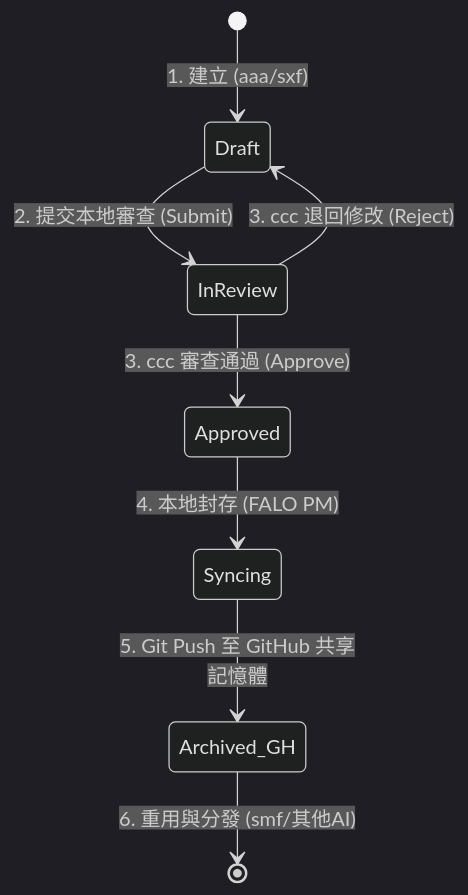
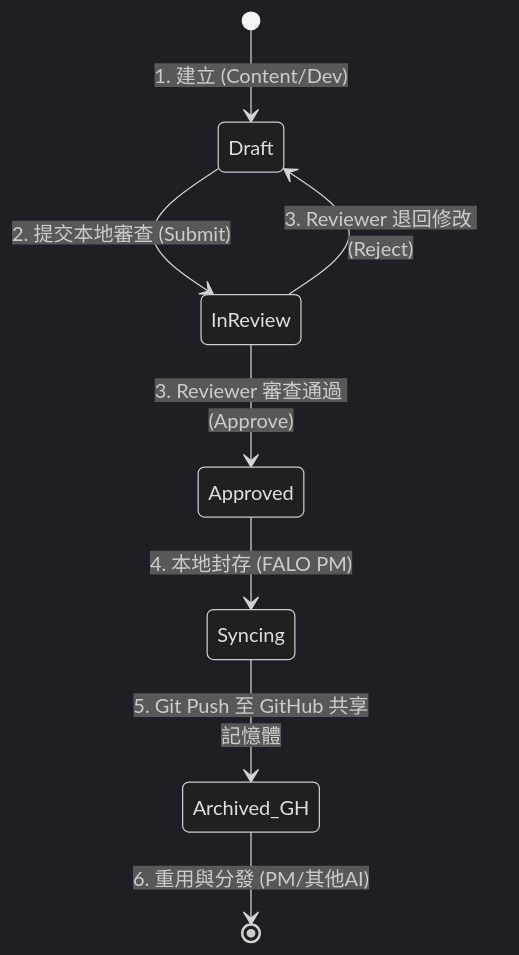
Before and after one commit to falo-chinese/skyline-class: the diagram in class2/docs/04_artifact_management.md, drawn with Mermaid (dark theme). The commit also changed other lines of this file and 11 other files, not shown here.

````diff
--- a/class2/docs/04_artifact_management.md
+++ b/class2/docs/04_artifact_management.md
@@ -25,10 +25,10 @@
 ```mermaid
 stateDiagram-v2
-    [*] --> Draft : 1. 建立 (aaa/sxf)
+    [*] --> Draft : 1. 建立 (Content/Dev)
     Draft --> InReview : 2. 提交本地審查 (Submit)
-    InReview --> Approved : 3. ccc 審查通過 (Approve)
-    InReview --> Draft : 3. ccc 退回修改 (Reject)
+    InReview --> Approved : 3. Reviewer 審查通過 (Approve)
+    InReview --> Draft : 3. Reviewer 退回修改 (Reject)
     Approved --> Syncing : 4. 本地封存 (FALO PM)
     Syncing --> Archived_GH : 5. Git Push 至 GitHub 共享記憶體
-    Archived_GH --> [*] : 6. 重用與分發 (smf/其他AI)
+    Archived_GH --> [*] : 6. 重用與分發 (PM/其他AI)
 ```
````
